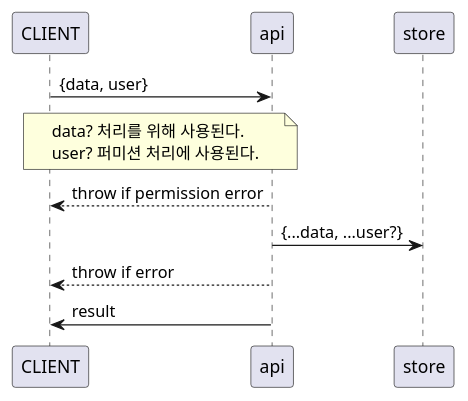
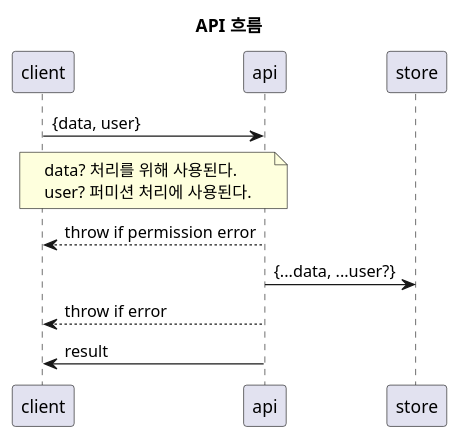
Before and after one commit to deptno/yiguana: the diagram in asset/puml/sequence-diagram.puml, drawn with PlantUML. The commit also changed 6 other files, not shown here.

Commit message:
chore: update diagram

```diff
--- a/asset/puml/sequence-diagram.puml
+++ b/asset/puml/sequence-diagram.puml
@@ -1,8 +1,10 @@
 @startuml
-CLIENT -> api : {data, user}
-note over CLIENT, api : data? 처리를 위해 사용된다.\nuser? 퍼미션 처리에 사용된다.
-CLIENT <-- api : throw if permission error
+title API 흐름
+
+client -> api : {data, user}
+note over client, api : data? 처리를 위해 사용된다.\nuser? 퍼미션 처리에 사용된다.
+client <-- api : throw if permission error
 api -> store : {...data, ...user?}
-CLIENT <-- api : throw if error
-CLIENT <- api : result
+client <-- api : throw if error
+client <- api : result
 @enduml
```
